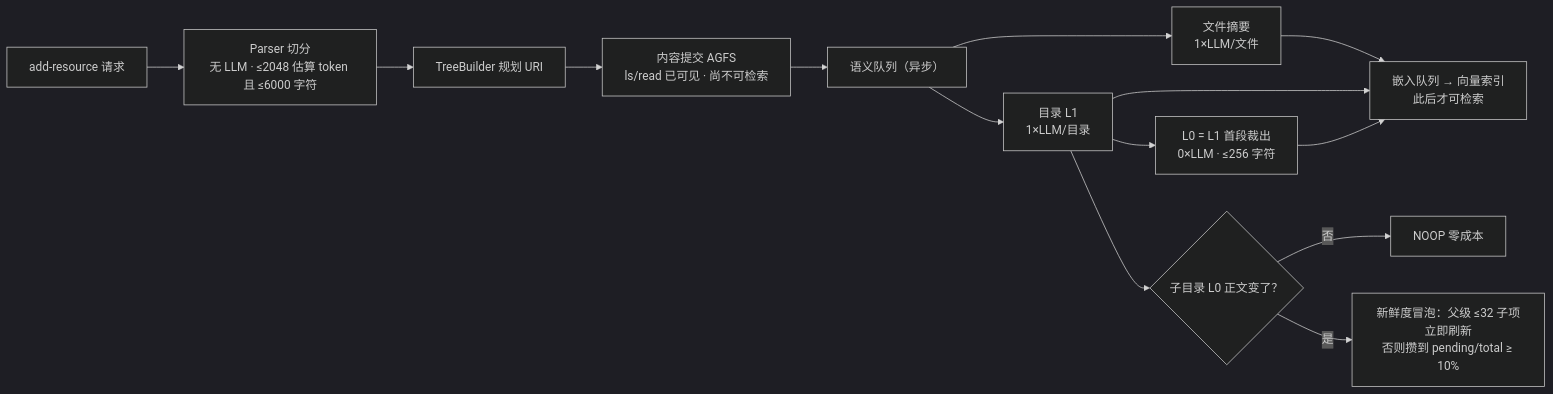
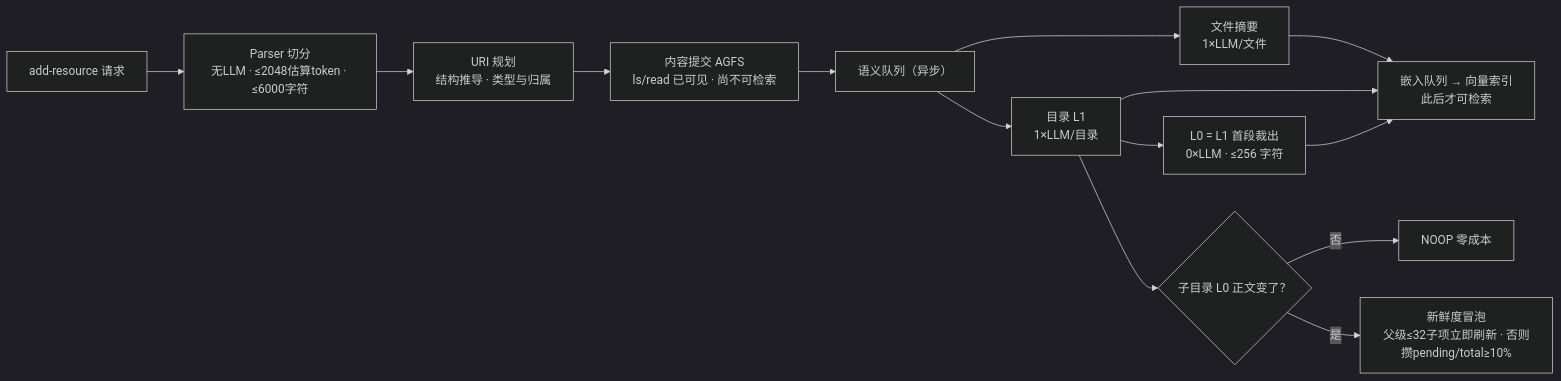
One commit to ThreeFish-AI/negentropy changed the diagram in docs/assets/mermaid/cognitive-context/openviking--ingest-phase.mmd. Above: the diagram before and after it, drawn with Mermaid (dark theme). The commit also changed 95 other files, not shown here.

First line of the commit message:
docs(cognitive-context): 014 OpenViking 精读 §2「一树三相三面」图例与机制解说补全 + 全文 12 图挂载 (#1202)

```diff
--- a/docs/assets/mermaid/cognitive-context/openviking--ingest-phase.mmd
+++ b/docs/assets/mermaid/cognitive-context/openviking--ingest-phase.mmd
@@ -1,18 +1,19 @@
-%% source: docs/research/cognitive-context/014-openviking.md §4（图 1）
+%% source: docs/research/cognitive-context/014-openviking.md §4 编目相
 %% slug: openviking--ingest-phase
 %% type: dataflow
 %% derived: docs/assets/architecture/cognitive-context/openviking--ingest-phase.html
+%% fix: 2026-10-23 「TreeBuilder 规划 URI」改通用「URI 规划（结构推导 · 类型与归属）」（盲审 B-1：类名无正文出处，§3 锚定结构推导）
 flowchart LR
-  REQ["add-resource 请求"] --> PAR["Parser 切分<br/>无 LLM · ≤2048 估算 token 且 ≤6000 字符"]
-  PAR --> TB["TreeBuilder 规划 URI"]
+  REQ["add-resource 请求"] --> PAR["Parser 切分<br/>无LLM · ≤2048估算token · ≤6000字符"]
+  PAR --> TB["URI 规划<br/>结构推导 · 类型与归属"]
   TB --> AGFS["内容提交 AGFS<br/>ls/read 已可见 · 尚不可检索"]
   AGFS --> SEMQ["语义队列（异步）"]
   SEMQ --> FSUM["文件摘要<br/>1×LLM/文件"]
   SEMQ --> DIR["目录 L1<br/>1×LLM/目录"]
   DIR --> L0["L0 = L1 首段裁出<br/>0×LLM · ≤256 字符"]
   FSUM --> EMBQ["嵌入队列 → 向量索引<br/>此后才可检索"]
   DIR --> EMBQ
   L0 --> EMBQ
   DIR --> GATE{"子目录 L0 正文变了？"}
   GATE -- "否" --> NOOP["NOOP 零成本"]
-  GATE -- "是" --> BUBBLE["新鲜度冒泡：父级 ≤32 子项立即刷新<br/>否则攒到 pending/total ≥ 10%"]
+  GATE -- "是" --> BUBBLE["新鲜度冒泡<br/>父级≤32子项立即刷新 · 否则攒pending/total≥10%"]
```
